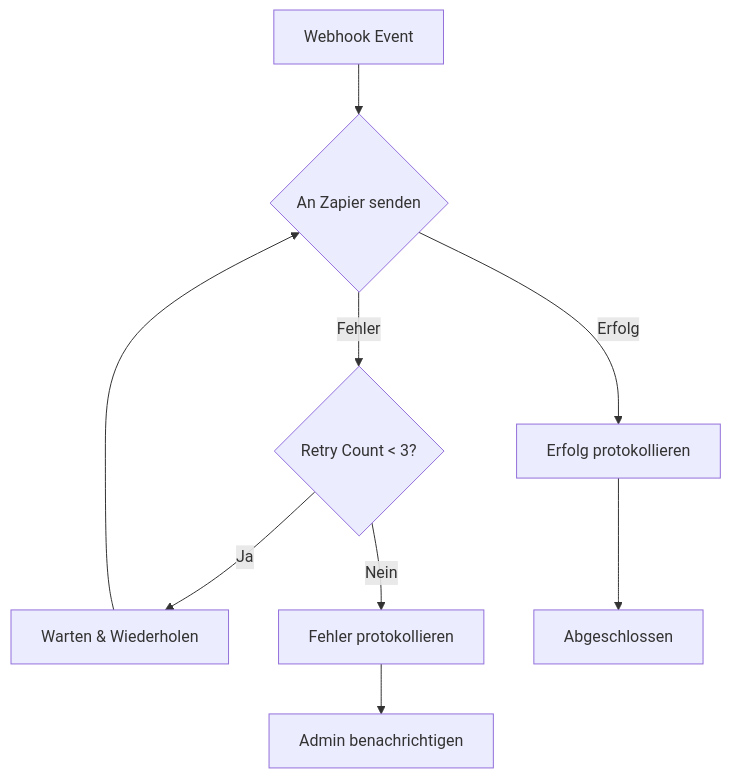
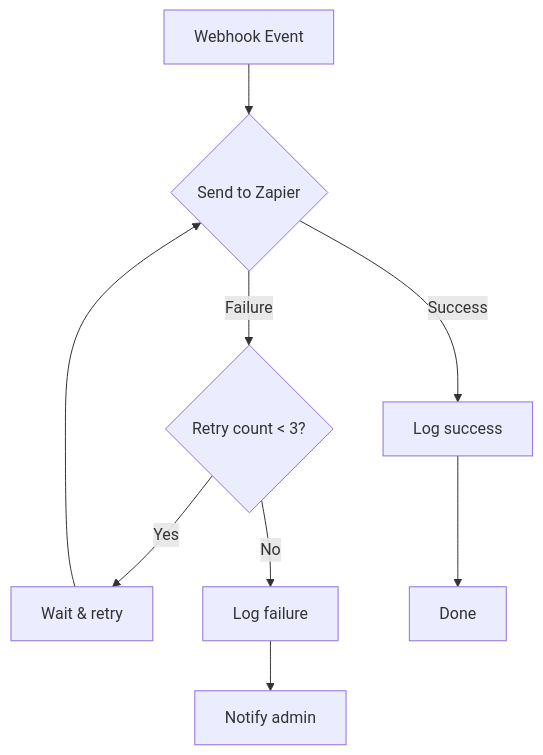
The fourth of 4 diagrams in en/automation-platform/integrations/zapier.mdx (bekgroup/Famulor-docs-de), drawn with Mermaid before and after one commit. The commit also changed other lines of this file and 273 other files, not shown here.

````diff
--- a/en/automation-platform/integrations/zapier.mdx
+++ b/en/automation-platform/integrations/zapier.mdx
@@ -250,11 +249,11 @@
 ```mermaid
 flowchart TD
-    A[Webhook Event] --> B{An Zapier senden}
-    B -->|Erfolg| C[Erfolg protokollieren]
-    B -->|Fehler| D{Retry Count < 3?}
-    D -->|Ja| E[Warten & Wiederholen]
-    D -->|Nein| F[Fehler protokollieren]
+    A[Webhook Event] --> B{Send to Zapier}
+    B -->|Success| C[Log success]
+    B -->|Failure| D{Retry count < 3?}
+    D -->|Yes| E[Wait & retry]
+    D -->|No| F[Log failure]
     E --> B
-    F --> G[Admin benachrichtigen]
-    C --> H[Abgeschlossen]
+    F --> G[Notify admin]
+    C --> H[Done]
 ```
````
